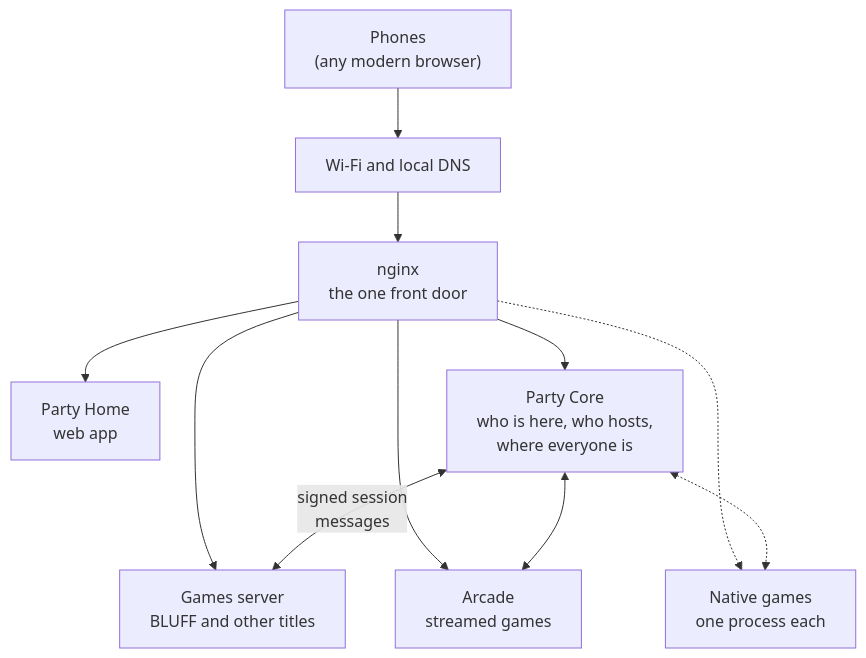
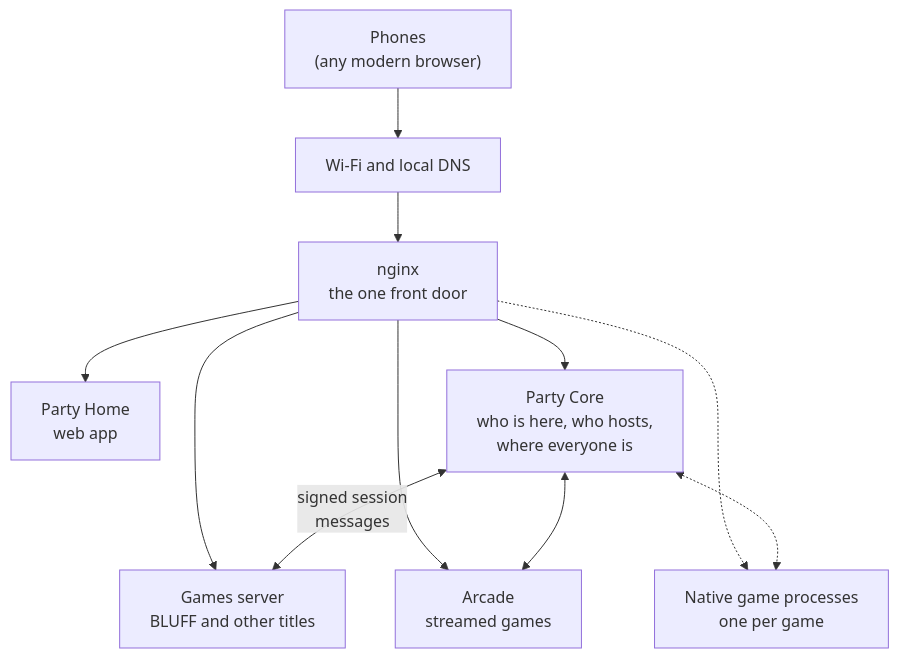
Before and after one commit to rcnechamkin/avrana-party-docs: the diagram in docs/architecture/index.md, drawn with Mermaid. The commit also changed other lines of this file and 16 other files, not shown here.

````diff
--- a/docs/architecture/index.md
+++ b/docs/architecture/index.md
@@ -22,21 +22,21 @@
 ```mermaid
 flowchart TB
   PH["Phones<br/>(any modern browser)"]
   NET["Wi-Fi and local DNS"]
   NGX["nginx<br/>the one front door"]
   HOME["Party Home<br/>web app"]
   CORE["Party Core<br/>who is here, who hosts,<br/>where everyone is"]
   GAMES["Games server<br/>BLUFF and other titles"]
   ARC["Arcade<br/>streamed games"]
-  NAT["Native games<br/>one process each"]
+  NAT["Native game processes<br/>one per game"]
 
   PH --> NET --> NGX
   NGX --> HOME
   NGX --> CORE
   NGX --> GAMES
   NGX --> ARC
   NGX -.-> NAT
   CORE <-- "signed session<br/>messages" --> GAMES
   CORE <--> ARC
   CORE <-.-> NAT
 ```
````
